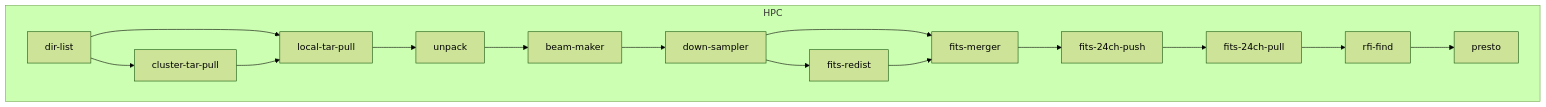
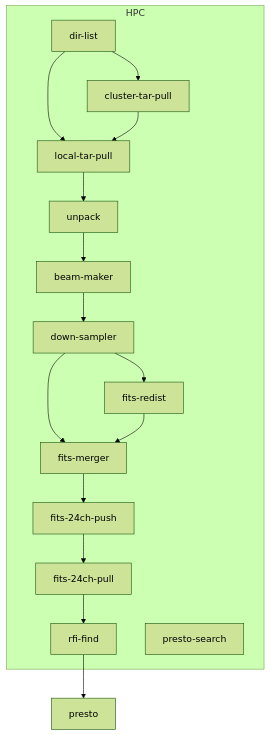
One commit to kaichao/app-mwa changed the fourth of 4 diagrams in README.md. Above: the diagram before and after it, drawn with Mermaid (forest theme). The commit also changed 2 other files, not shown here.

````diff
--- a/README.md
+++ b/README.md
@@ -255,32 +255,32 @@
 ```mermaid
 
 flowchart TD
   dir-list --> cluster-tar-pull
   dir-list --> local-tar-pull
   cluster-tar-pull --> local-tar-pull
   local-tar-pull --> unpack
   unpack --> beam-maker
   beam-maker --> down-sampler
   down-sampler --> fits-redist
   down-sampler --> fits-merger
   fits-redist --> fits-merger
   fits-merger --> fits-24ch-push
   fits-24ch-push --> fits-24ch-pull
   fits-24ch-pull --> rfi-find
   rfi-find --> presto
   subgraph HPC
     dir-list
     cluster-tar-pull
     local-tar-pull
     unpack
     beam-maker
     down-sampler
     fits-redist
     fits-merger
     fits-24ch-push
     fits-24ch-pull
     rfi-find
-    presto
+    presto-search
   end
 
 ```
````
